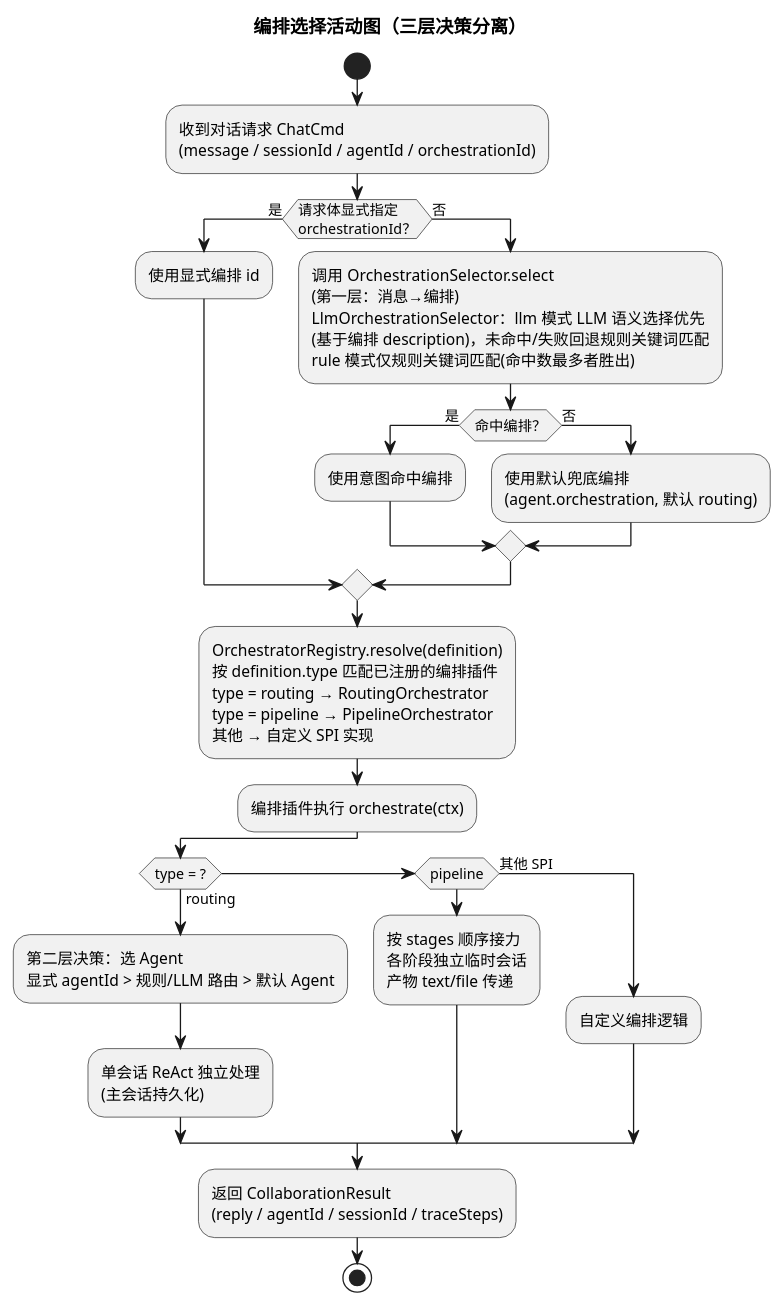
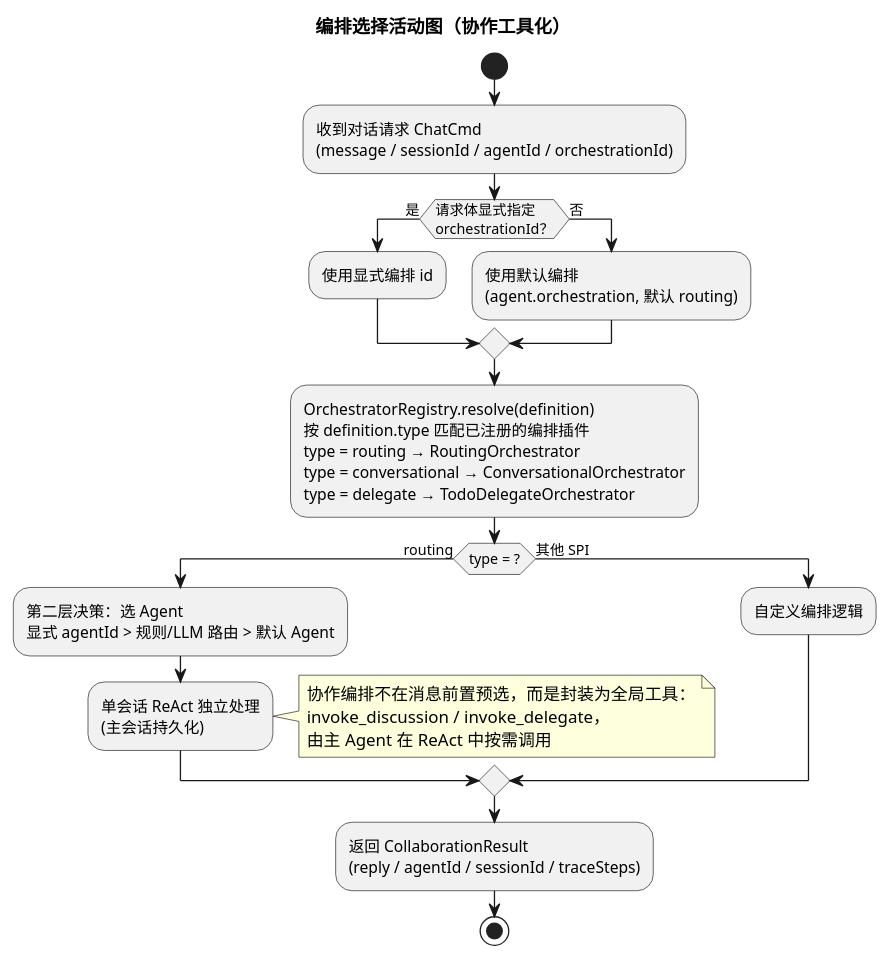
One commit to mwb1219/mwb-ai-claw changed diagram 13 of 23 in mwb-ai-claw技术方案.md. Above: the diagram before and after it, drawn with PlantUML. The commit also changed other lines of this file and 30 other files, not shown here.

````diff
--- a/mwb-ai-claw技术方案.md
+++ b/mwb-ai-claw技术方案.md
@@ -1219,29 +1189,26 @@
 ```plantuml
 @startuml
-title 编排选择活动图（三层决策分离）
+title 编排选择活动图（协作工具化）
 start
 :收到对话请求 ChatCmd\n(message / sessionId / agentId / orchestrationId);
 if (请求体显式指定\norchestrationId？) then (是)
   :使用显式编排 id;
 else (否)
-  :调用 OrchestrationSelector.select\n(第一层：消息→编排)\nLlmOrchestrationSelector：llm 模式 LLM 语义选择优先\n(基于编排 description)，未命中/失败回退规则关键词匹配\nrule 模式仅规则关键词匹配(命中数最多者胜出);
-  if (命中编排？) then (是)
-    :使用意图命中编排;
-  else (否)
-    :使用默认兜底编排\n(agent.orchestration, 默认 routing);
-  endif
+  :使用默认编排\n(agent.orchestration, 默认 routing);
 endif
-:OrchestratorRegistry.resolve(definition)\n按 definition.type 匹配已注册的编排插件\ntype = routing → RoutingOrchestrator\ntype = pipeline → PipelineOrchestrator\n其他 → 自定义 SPI 实现;
-:编排插件执行 orchestrate(ctx);
+:OrchestratorRegistry.resolve(definition)\n按 definition.type 匹配已注册的编排插件\ntype = routing → RoutingOrchestrator\ntype = conversational → ConversationalOrchestrator\ntype = delegate → TodoDelegateOrchestrator;
 if (type = ?) then (routing)
   :第二层决策：选 Agent\n显式 agentId > 规则/LLM 路由 > 默认 Agent;
   :单会话 ReAct 独立处理\n(主会话持久化);
-elseif (pipeline) then
-  :按 stages 顺序接力\n各阶段独立临时会话\n产物 text/file 传递;
+  note right
+    协作编排不在消息前置预选，而是封装为全局工具：
+    invoke_discussion / invoke_delegate，
+    由主 Agent 在 ReAct 中按需调用
+  end note
 else (其他 SPI)
   :自定义编排逻辑;
 endif
 :返回 CollaborationResult\n(reply / agentId / sessionId / traceSteps);
 stop
 @enduml
 ```
````
